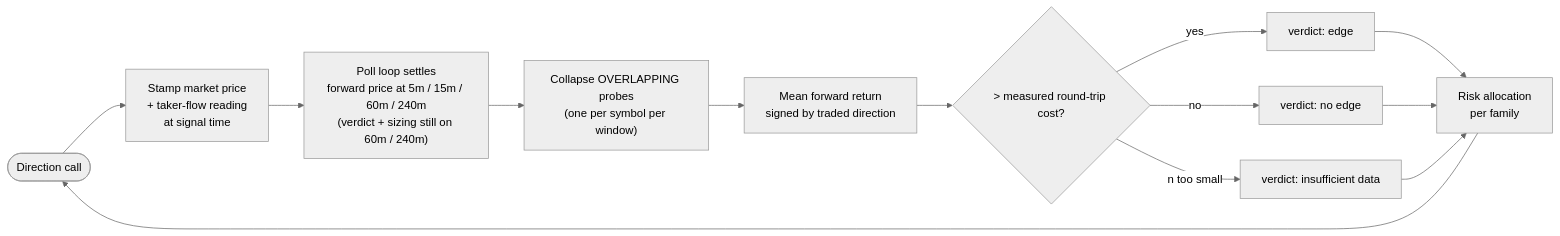
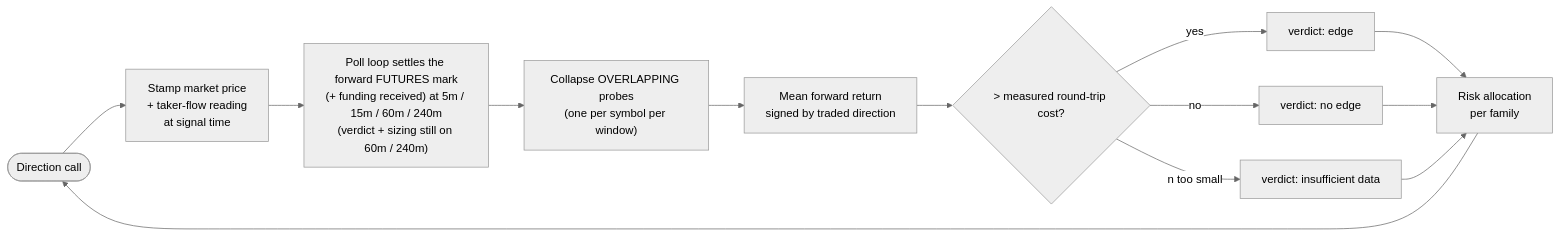
One commit to abozaralizadeh/trAIde changed the sixth of 10 diagrams in README.md. Above: the diagram before and after it, drawn with Mermaid (neutral theme). The commit also changed other lines of this file and 33 other files, not shown here.

````diff
--- a/README.md
+++ b/README.md
@@ -193,15 +199,15 @@
 ```mermaid
 flowchart LR
     dcall(["Direction call"]) --> stamp["Stamp market price<br/>+ taker-flow reading<br/>at signal time"]
-    stamp --> wait["Poll loop settles<br/>forward price at 5m / 15m / 60m / 240m<br/>(verdict + sizing still on 60m / 240m)"]
+    stamp --> wait["Poll loop settles the forward FUTURES mark<br/>(+ funding received) at 5m / 15m / 60m / 240m<br/>(verdict + sizing still on 60m / 240m)"]
     wait --> dedupe["Collapse OVERLAPPING probes<br/>(one per symbol per window)"]
     dedupe --> score["Mean forward return<br/>signed by traded direction"]
     score --> hurdle{"&gt; measured round-trip cost?"}
     hurdle -->|yes| edge["verdict: edge"]
     hurdle -->|no| noedge["verdict: no edge"]
     hurdle -->|"n too small"| insuf["verdict: insufficient data"]
     edge --> alloc["Risk allocation<br/>per family"]
     noedge --> alloc
     insuf --> alloc
     alloc --> dcall
 ```
````
